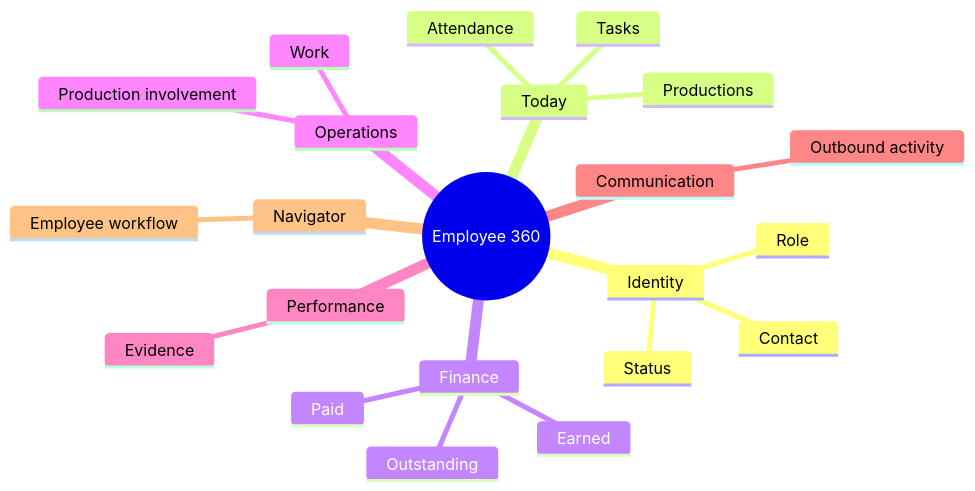
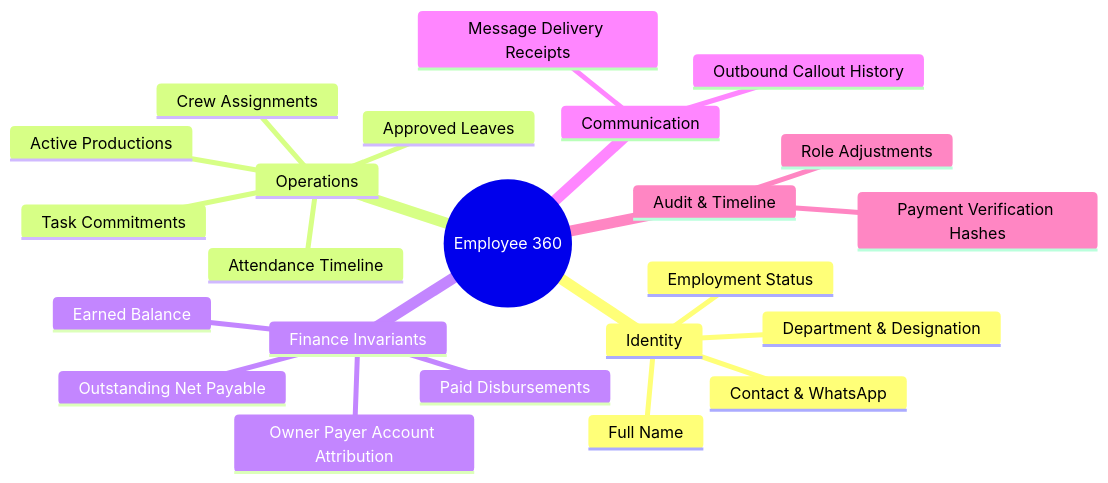
Before and after one commit to sufibuildwith-py/sa-controlcentre: the fourth of 12 diagrams in README.md, drawn with Mermaid. The commit also changed other lines of this file, not shown here.

Commit message:
docs: overhaul README to represent connected operating system and EVE architecture

````diff
--- a/README.md
+++ b/README.md
@@ -173,25 +226,26 @@
 ```mermaid
 mindmap
   root((Employee 360))
     Identity
-      Role
-      Contact
-      Status
-    Today
-      Attendance
-      Tasks
-      Productions
-    Finance
-      Earned
-      Paid
-      Outstanding
+      Full Name
+      Contact & WhatsApp
+      Department & Designation
+      Employment Status
     Operations
-      Work
-      Production involvement
-    Performance
-      Evidence
+      Active Productions
+      Crew Assignments
+      Task Commitments
+      Attendance Timeline
+      Approved Leaves
+    Finance Invariants
+      Earned Balance
+      Paid Disbursements
+      Outstanding Net Payable
+      Owner Payer Account Attribution
     Communication
-      Outbound activity
-    Navigator
-      Employee workflow
+      Outbound Callout History
+      Message Delivery Receipts
+    Audit & Timeline
+      Role Adjustments
+      Payment Verification Hashes
 ```
````
